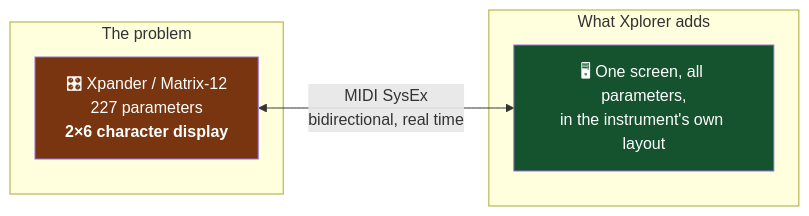
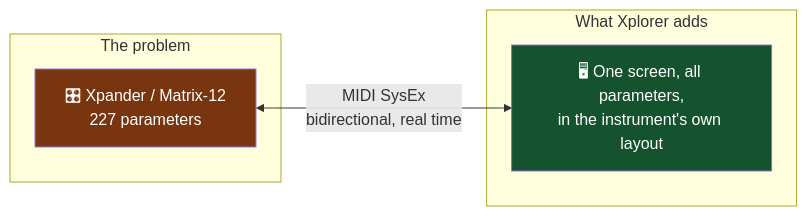
One commit to xplorer2716/XplorerEditor changed the second of 18 diagrams in docs/architecture-analysis.md. Above: the diagram before and after it, drawn with Mermaid. The commit also changed other lines of this file and 32 other files, not shown here.

````diff
--- a/docs/architecture-analysis.md
+++ b/docs/architecture-analysis.md
@@ -131,13 +131,13 @@
 ```mermaid
 flowchart LR
     subgraph P ["The problem"]
-        SYN["🎛 Xpander / Matrix-12<br/>227 parameters<br/><b>2×6 character display</b>"]
+        SYN["🎛 Xpander / Matrix-12<br/>227 parameters<br/>"]
     end
     subgraph S ["What Xplorer adds"]
         SCR["🖥 One screen, all parameters,<br/>in the instrument's own layout"]
     end
     SYN <-->|"MIDI SysEx<br/>bidirectional, real time"| SCR
 
     style SYN fill:#78350f,color:#fff
     style SCR fill:#14532d,color:#fff
 ```
````
